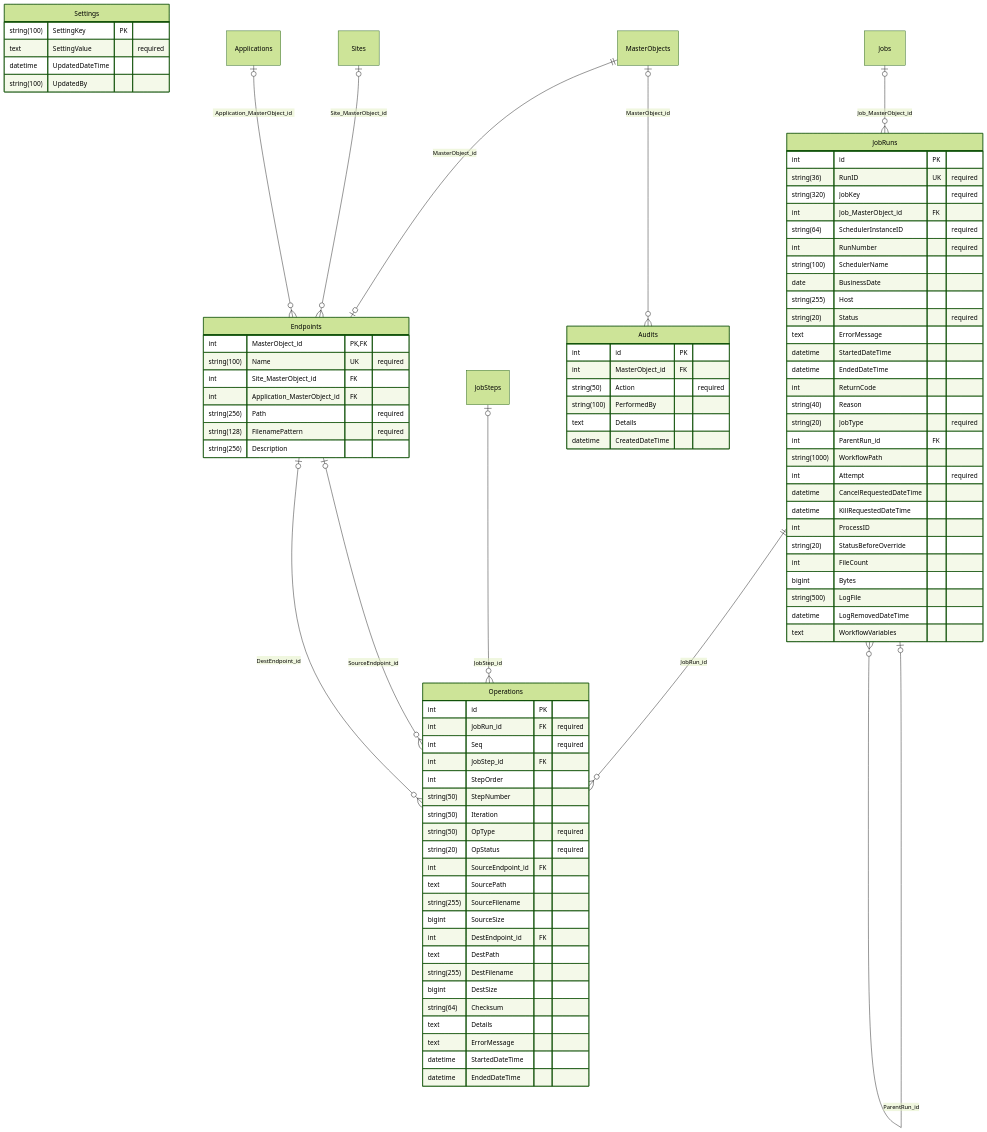
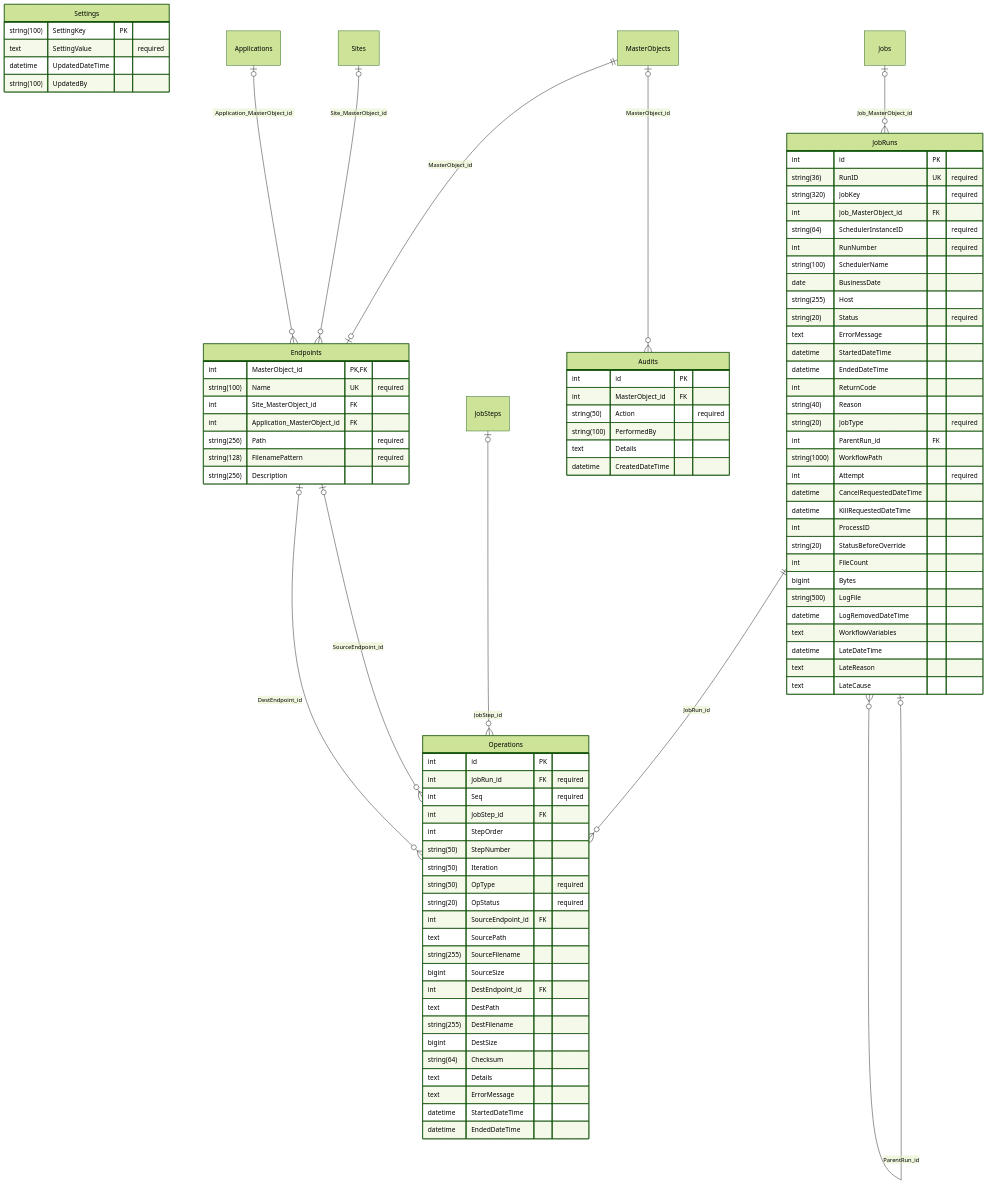
Before and after one commit to JayCBoal/AutomationApp: the sixth of 6 diagrams in docs/DB_SCHEMA.md, drawn with Mermaid (forest theme). The commit also changed other lines of this file and 7 other files, not shown here.

```diff
--- a/docs/DB_SCHEMA.md
+++ b/docs/DB_SCHEMA.md
@@ -450,6 +543,9 @@
         string(500) LogFile
         datetime LogRemovedDateTime
         text WorkflowVariables
+        datetime LateDateTime
+        text LateReason
+        text LateCause
     }
     Operations {
         int id PK
```
